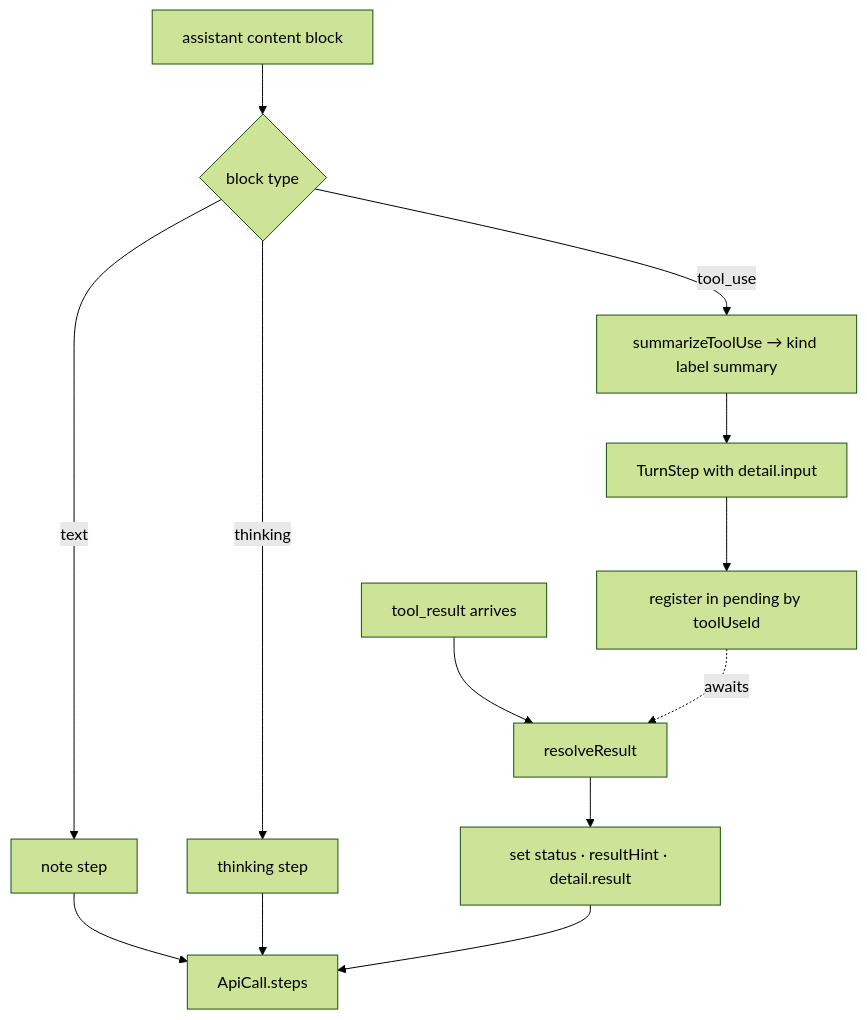
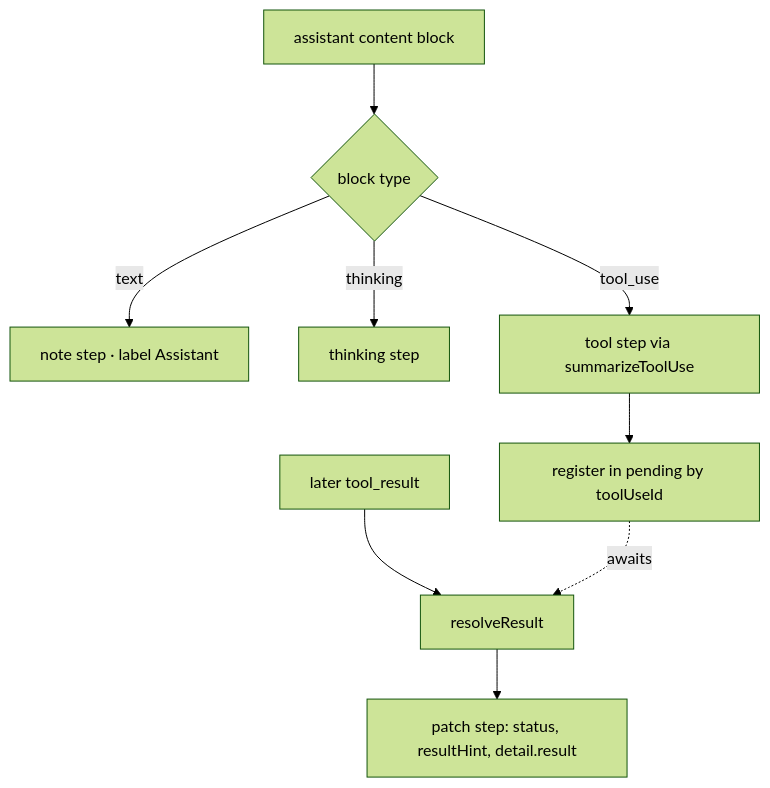
The diagram in wiki/2.4-per-turn-steps.md (yorch/cc-analyzer), drawn with Mermaid (forest theme) before and after one commit. The commit also changed other lines of this file and 15 other files, not shown here.

First line of the commit message:
docs(wiki): reconcile with #42 (schema v8, chart/analytics changes)

````diff
--- a/wiki/2.4-per-turn-steps.md
+++ b/wiki/2.4-per-turn-steps.md
@@ -40,15 +30,12 @@
 ```mermaid
 flowchart TD
-    Content[assistant content block] --> Text{block type}
-    Text -->|text| Note[note step]
-    Text -->|thinking| Think[thinking step]
-    Text -->|tool_use| Sum[summarizeToolUse → kind label summary]
-    Sum --> Step[TurnStep with detail.input]
-    Step --> Pending[register in pending by toolUseId]
-    Result[tool_result arrives] --> Resolve[resolveResult]
+    Assistant[assistant content block] --> Kind{block type}
+    Kind -->|text| Note[note step · label Assistant]
+    Kind -->|thinking| Think[thinking step]
+    Kind -->|tool_use| Tool[tool step via summarizeToolUse]
+
+    Tool --> Pending[register in pending by toolUseId]
+    Result[later tool_result] --> Resolve[resolveResult]
     Pending -.awaits.-> Resolve
-    Resolve --> Patch[set status · resultHint · detail.result]
-    Note --> Timeline[ApiCall.steps]
-    Think --> Timeline
-    Patch --> Timeline
+    Resolve --> Patch[patch step: status, resultHint, detail.result]
 ```
````
